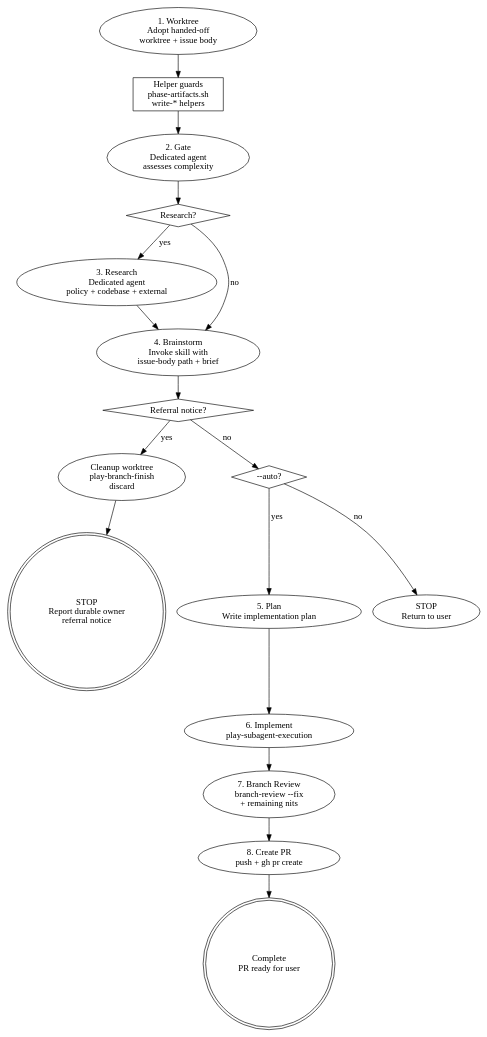
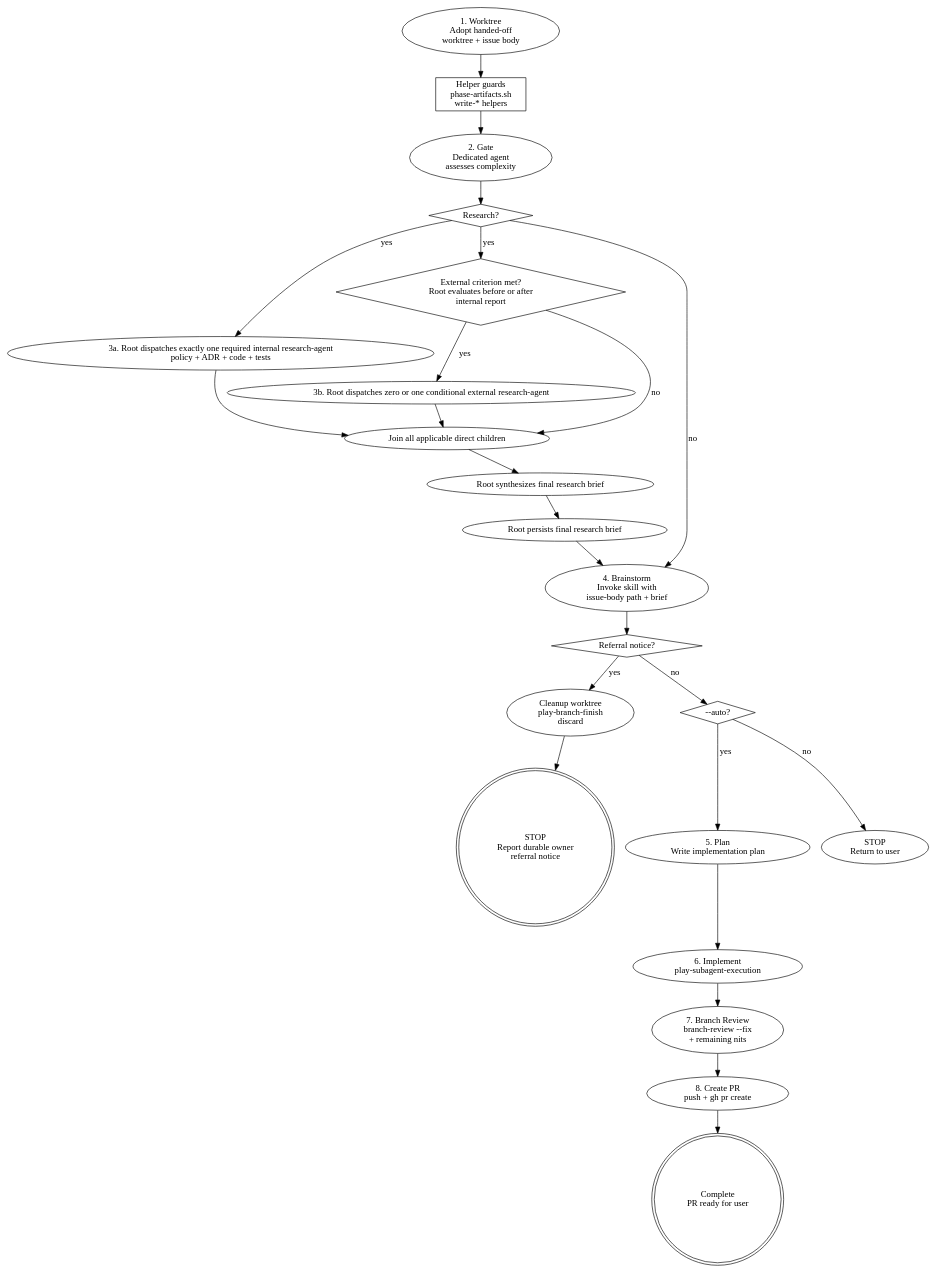
One commit to ryumiel/devcanon changed the diagram in skills/issue-priming-workflow/references/workflow-diagram.md. Above: the diagram before and after it, drawn with Graphviz. The commit also changed 2 other files, not shown here.

Commit message:
fix(skill): align issue research integration contracts

````diff
--- a/skills/issue-priming-workflow/references/workflow-diagram.md
+++ b/skills/issue-priming-workflow/references/workflow-diagram.md
@@ -6,33 +6,44 @@
 ```dot
 digraph priming {
   rankdir=TB;
   worktree [label="1. Worktree\nAdopt handed-off\nworktree + issue body"];
   helpers [label="Helper guards\nphase-artifacts.sh\nwrite-* helpers", shape=box];
   gate [label="2. Gate\nDedicated agent\nassesses complexity"];
   decide [label="Research?", shape=diamond];
-  research [label="3. Research\nDedicated agent\npolicy + codebase + external"];
+  internal_research [label="3a. Root dispatches exactly one required internal research-agent\npolicy + ADR + code + tests"];
+  external_decide [label="External criterion met?\nRoot evaluates before or after\ninternal report", shape=diamond];
+  external_research [label="3b. Root dispatches zero or one conditional external research-agent"];
+  research_join [label="Join all applicable direct children"];
+  research_synthesize [label="Root synthesizes final research brief"];
+  research_persist [label="Root persists final research brief"];
   brainstorm [label="4. Brainstorm\nInvoke skill with\nissue-body path + brief"];
   referral_check [label="Referral notice?", shape=diamond];
   cleanup [label="Cleanup worktree\nplay-branch-finish\ndiscard"];
   referral [label="STOP\nReport durable owner\nreferral notice", shape=doublecircle];
   auto_check [label="--auto?", shape=diamond];
   plan [label="5. Plan\nWrite implementation plan"];
   implement [label="6. Implement\nplay-subagent-execution"];
   stop_interactive [label="STOP\nReturn to user"];
 
   worktree -> helpers -> gate -> decide;
-  decide -> research [label="yes"];
+  decide -> internal_research [label="yes"];
+  decide -> external_decide [label="yes"];
   decide -> brainstorm [label="no"];
-  research -> brainstorm;
+  internal_research -> research_join;
+  external_decide -> external_research [label="yes"];
+  external_decide -> research_join [label="no"];
+  external_research -> research_join;
+  research_join -> research_synthesize -> research_persist;
+  research_persist -> brainstorm;
   brainstorm -> referral_check;
   referral_check -> cleanup [label="yes"];
   cleanup -> referral;
   referral_check -> auto_check [label="no"];
   auto_check -> plan [label="yes"];
   auto_check -> stop_interactive [label="no"];
   plan -> implement -> review -> create_pr -> done;
   review [label="7. Branch Review\nbranch-review --fix\n+ remaining nits"];
   create_pr [label="8. Create PR\npush + gh pr create"];
   done [label="Complete\nPR ready for user", shape=doublecircle];
 }
 ```
````
